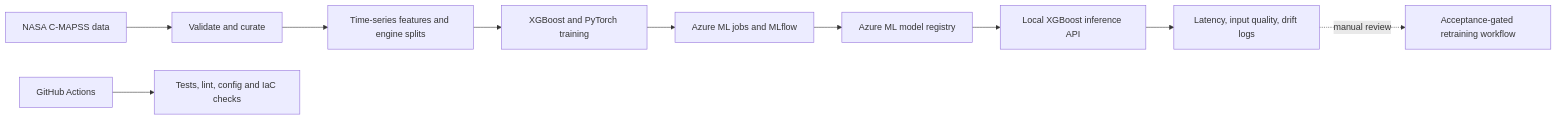
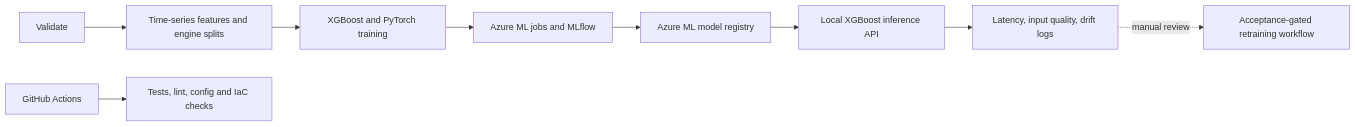
One commit to Tanveer-F/EPM-Platform changed the diagram in README.md. Above: the diagram before and after it, drawn with Mermaid. The commit also changed other lines of this file, not shown here.

````diff
--- a/README.md
+++ b/README.md
@@ -23,12 +22,12 @@
 ```mermaid
 flowchart LR
-    Data[NASA C-MAPSS data] --> Validate[Validate and curate]
+
     Validate --> Features[Time-series features and engine splits]
     Features --> Train[XGBoost and PyTorch training]
     Train --> Track[Azure ML jobs and MLflow]
     Track --> Registry[Azure ML model registry]
     Registry --> Local[Local XGBoost inference API]
     Local --> Monitor[Latency, input quality, drift logs]
     Monitor -. manual review .-> Retrain[Acceptance-gated retraining workflow]
     CI[GitHub Actions] --> Tests[Tests, lint, config and IaC checks]
 ```
````
